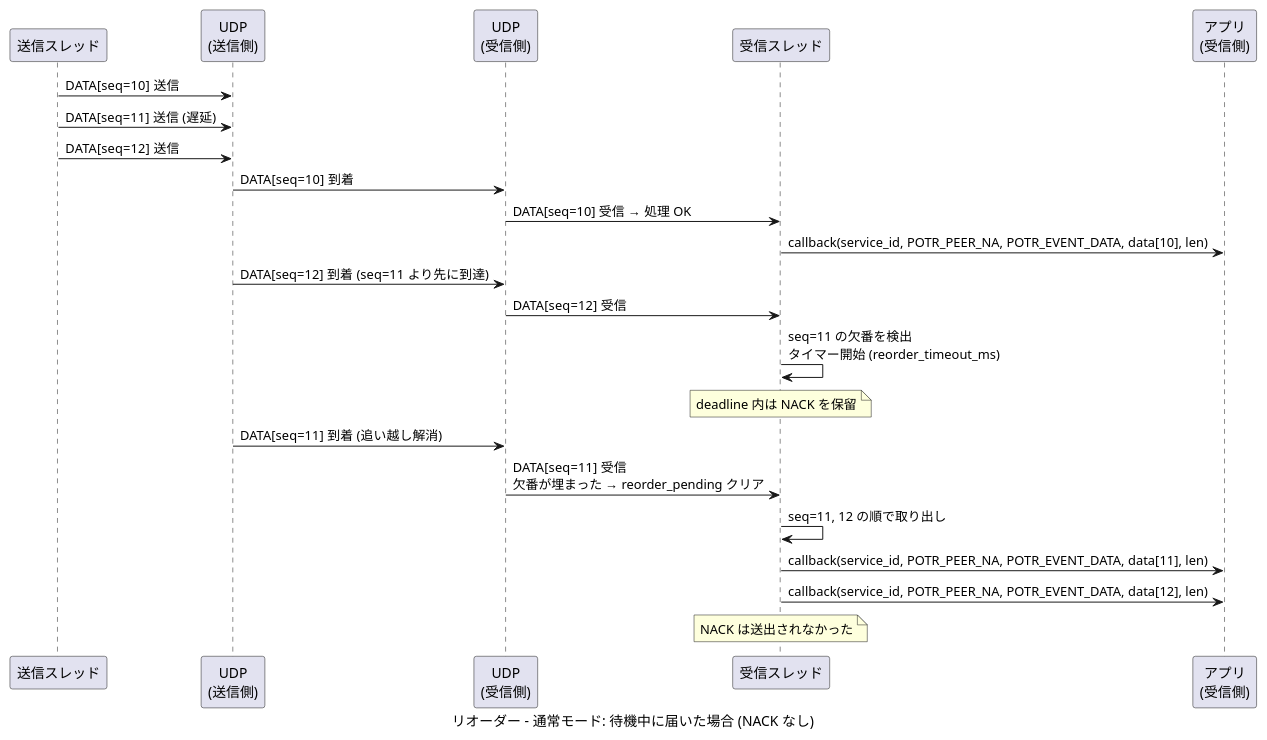
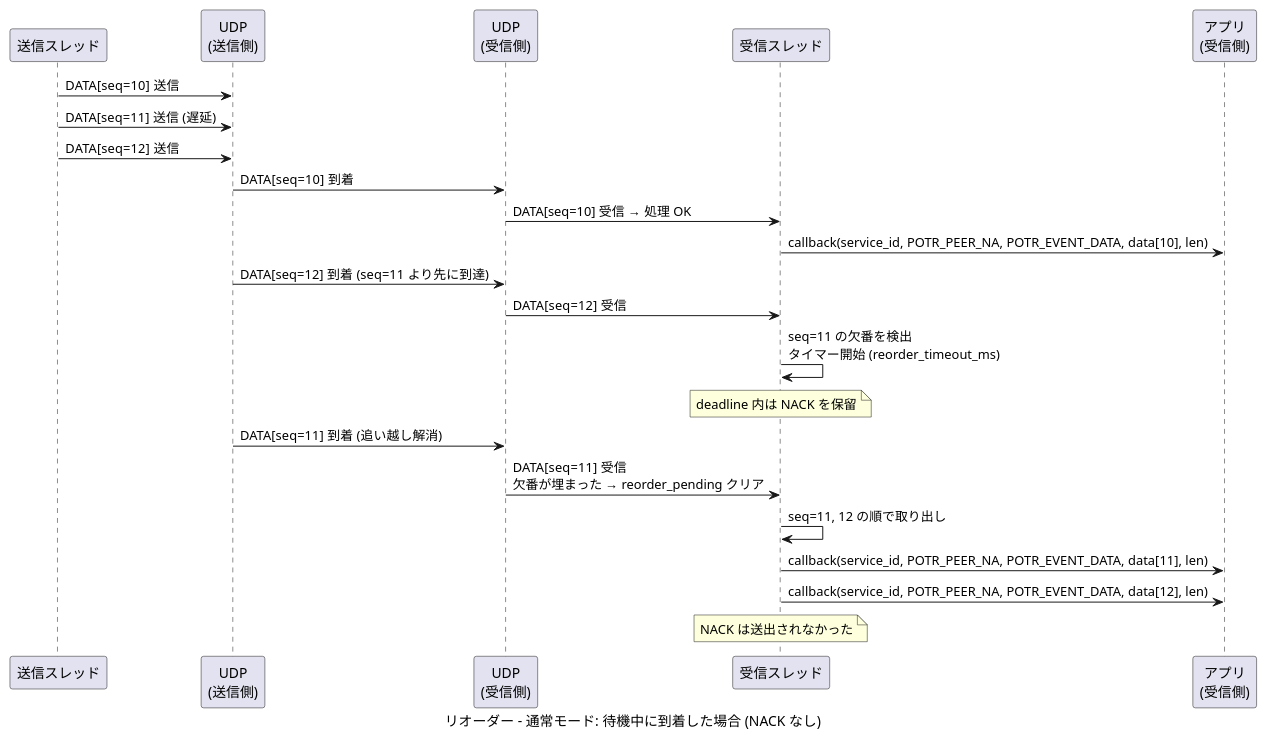
The fifth of 9 diagrams in docs/sequence-data.md (Hondarer/app_porter), drawn with PlantUML before and after one commit. The commit also changed other lines of this file and 39 other files, not shown here.

````diff
--- a/docs/sequence-data.md
+++ b/docs/sequence-data.md
@@ -171,34 +171,34 @@
 ```plantuml
 @startuml リオーダー - 通常モード 待機中に届いた場合
-caption リオーダー - 通常モード: 待機中に届いた場合 (NACK なし)
+caption リオーダー - 通常モード: 待機中に到着した場合 (NACK なし)
 
 participant "送信スレッド" as ST
 participant "UDP\n(送信側)" as SUDP
 participant "UDP\n(受信側)" as RUDP
 participant "受信スレッド" as RRT
 participant "アプリ\n(受信側)" as RAPP
 
 ST -> SUDP: DATA[seq=10] 送信
 ST -> SUDP: DATA[seq=11] 送信 (遅延)
 ST -> SUDP: DATA[seq=12] 送信
 
 SUDP -> RUDP: DATA[seq=10] 到着
 RUDP -> RRT: DATA[seq=10] 受信 → 処理 OK
 RRT -> RAPP: callback(service_id, POTR_PEER_NA, POTR_EVENT_DATA, data[10], len)
 
 SUDP -> RUDP: DATA[seq=12] 到着 (seq=11 より先に到達)
 
 RUDP -> RRT: DATA[seq=12] 受信
 RRT -> RRT: seq=11 の欠番を検出\nタイマー開始 (reorder_timeout_ms)
 note over RRT: deadline 内は NACK を保留
 
 SUDP -> RUDP: DATA[seq=11] 到着 (追い越し解消)
 RUDP -> RRT: DATA[seq=11] 受信\n欠番が埋まった → reorder_pending クリア
 RRT -> RRT: seq=11, 12 の順で取り出し
 RRT -> RAPP: callback(service_id, POTR_PEER_NA, POTR_EVENT_DATA, data[11], len)
 RRT -> RAPP: callback(service_id, POTR_PEER_NA, POTR_EVENT_DATA, data[12], len)
 
 note over RRT: NACK は送出されなかった
 
 @enduml
 ```
````
